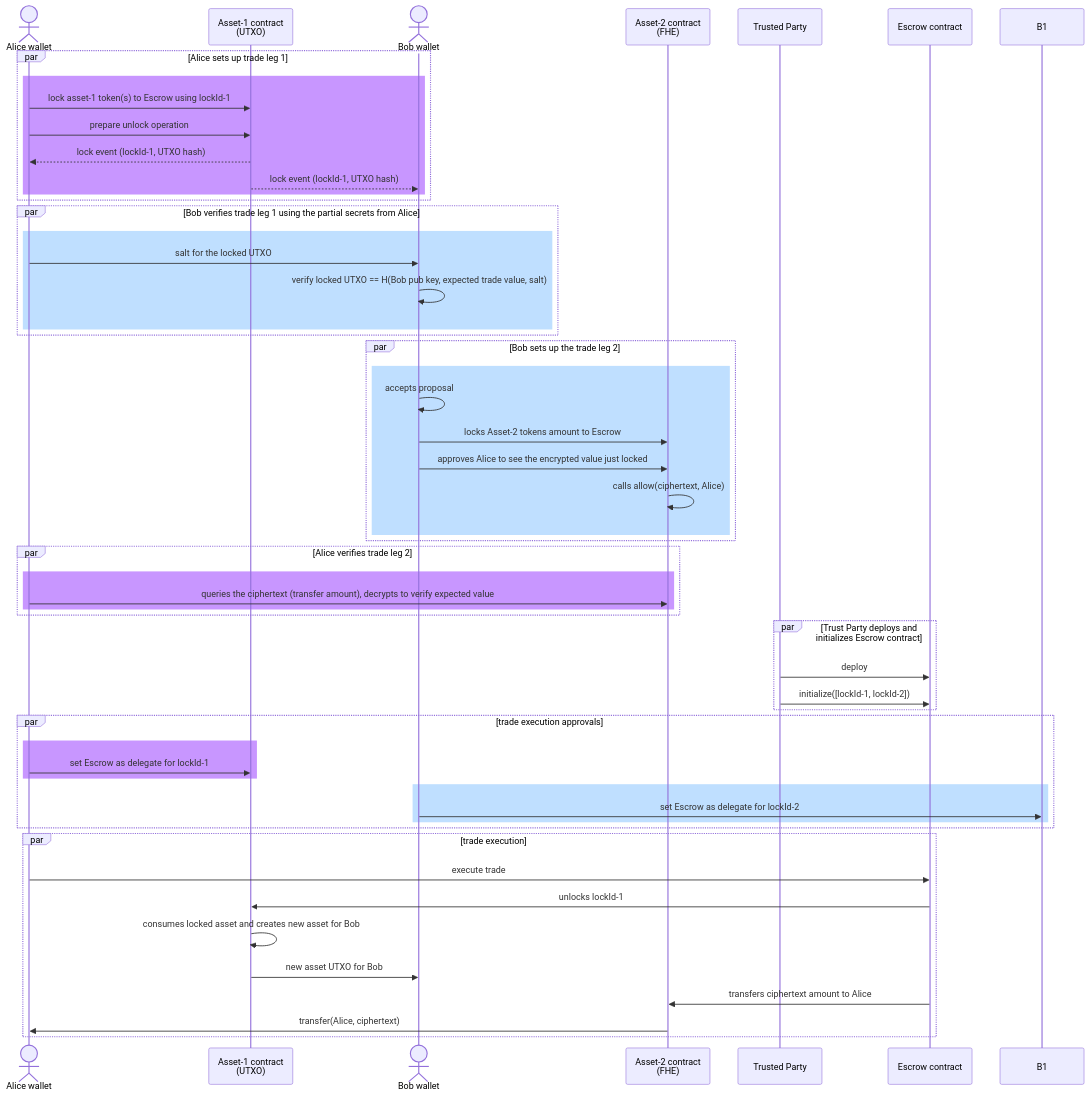
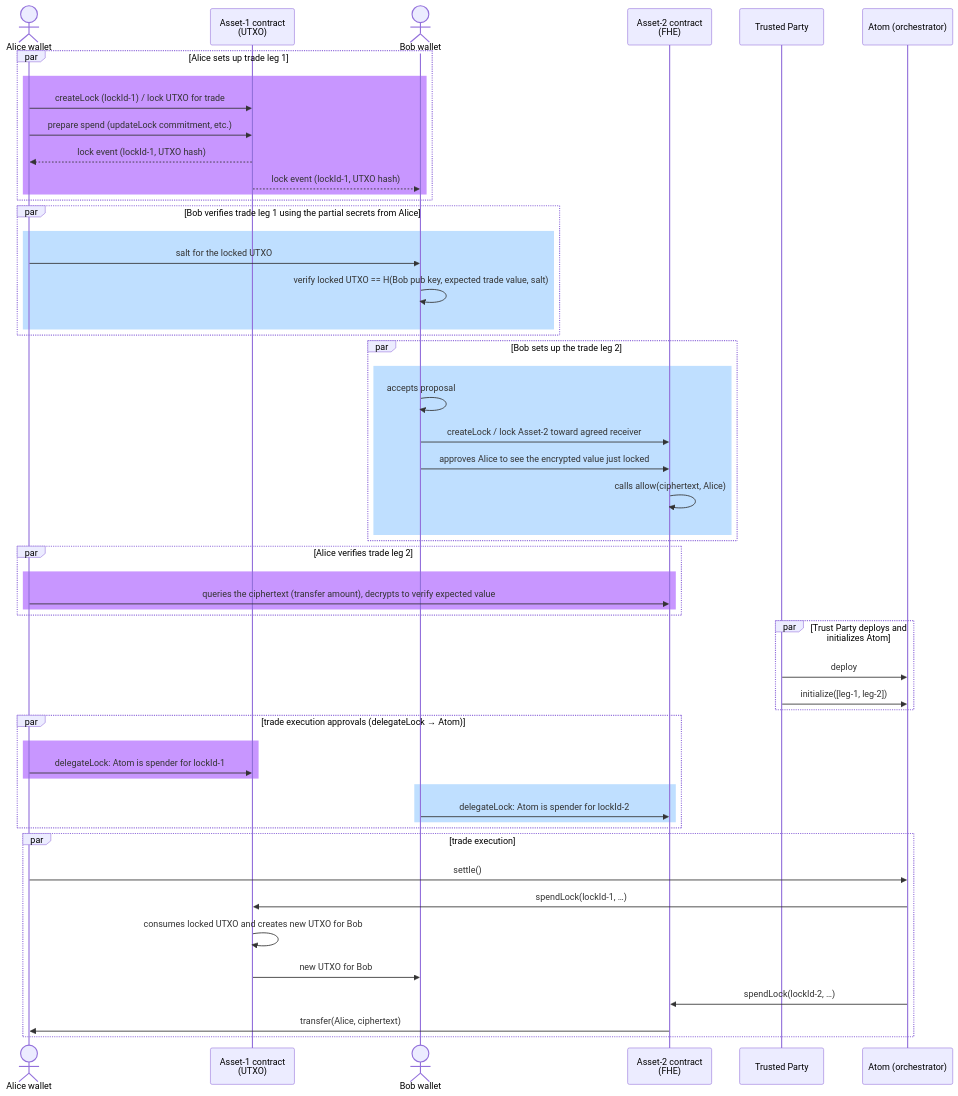
The first of 3 diagrams in atomic-settlement.md (kaleido-io/PET-atomic-settlements), drawn with Mermaid before and after one commit. The commit also changed other lines of this file and 1 other file, not shown here.

Commit message:
update README and architecture doc

````diff
--- a/atomic-settlement.md
+++ b/atomic-settlement.md
@@ -178,56 +184,56 @@
 ```mermaid
 sequenceDiagram
   actor A as Alice wallet
   participant A1 as Asset-1 contract<br>(UTXO)
   actor B as Bob wallet
   participant A2 as Asset-2 contract<br>(FHE)
   participant T as Trusted Party
-  participant E as Escrow contract
+  participant E as Atom (orchestrator)
   par Alice sets up trade leg 1
   rect rgb(200, 150, 255)
-    A->>A1: lock asset-1 token(s) to Escrow using lockId-1
-    A->>A1: prepare unlock operation
+    A->>A1: createLock (lockId-1) / lock UTXO for trade
+    A->>A1: prepare spend (updateLock commitment, etc.)
     A1-->>A: lock event (lockId-1, UTXO hash)
     A1-->>B: lock event (lockId-1, UTXO hash)
   end
   end
   par Bob verifies trade leg 1 using the partial secrets from Alice
   rect rgb(191, 223, 255)
     A->>B: salt for the locked UTXO
     B->>B: verify locked UTXO == H(Bob pub key, expected trade value, salt)
   end
   end
   par Bob sets up the trade leg 2
   rect rgb(191, 223, 255)
     B->>B: accepts proposal
-    B->>A2: locks Asset-2 tokens amount to Escrow
+    B->>A2: createLock / lock Asset-2 toward agreed receiver
     B->>A2: approves Alice to see the encrypted value just locked
     A2->>A2: calls allow(ciphertext, Alice)
   end
   end
   par Alice verifies trade leg 2
   rect rgb(200, 150, 255)
     A->>A2: queries the ciphertext (transfer amount), decrypts to verify expected value
   end
   end
-  par Trust Party deploys and initializes Escrow contract
+  par Trust Party deploys and initializes Atom
     T->>E: deploy
-    T->>E: initialize([lockId-1, lockId-2])
+    T->>E: initialize([leg-1, leg-2])
   end
-  par trade execution approvals
+  par trade execution approvals (delegateLock → Atom)
     rect rgb(200, 150, 255)
-    A->>A1: set Escrow as delegate for lockId-1
+    A->>A1: delegateLock: Atom is spender for lockId-1
     end
     rect rgb(191, 223, 255)
-    B->>B1: set Escrow as delegate for lockId-2
-  end
+    B->>A2: delegateLock: Atom is spender for lockId-2
+    end
   end
   par trade execution
-    A->>E: execute trade
-    E->>A1: unlocks lockId-1
-    A1->>A1: consumes locked asset and creates new asset for Bob
-    A1->>B: new asset UTXO for Bob
-    E->>A2: transfers ciphertext amount to Alice
+    A->>E: settle()
+    E->>A1: spendLock(lockId-1, …)
+    A1->>A1: consumes locked UTXO and creates new UTXO for Bob
+    A1->>B: new UTXO for Bob
+    E->>A2: spendLock(lockId-2, …)
     A2->>A: transfer(Alice, ciphertext)
   end
 ```
````
